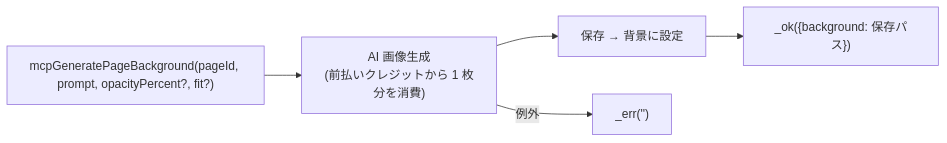
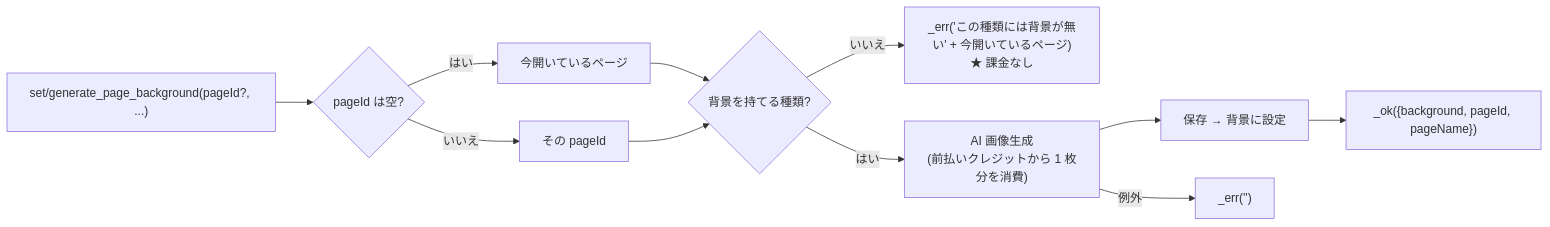
Before and after one commit to PG-Darksan/Kamispec: the sixth of 9 diagrams in assets/ai/docs/mcp.md, drawn with Mermaid. The commit also changed other lines of this file and 7 other files, not shown here.

````diff
--- a/assets/ai/docs/mcp.md
+++ b/assets/ai/docs/mcp.md
@@ -247,8 +270,14 @@
 ```mermaid
 flowchart LR
-    A["mcpGeneratePageBackground(pageId, prompt, opacityPercent?, fit?)"]
-    A --> B["AI 画像生成<br/>(前払いクレジットから 1 枚分を消費)"]
+    A["set/generate_page_background(pageId?, ...)"]
+    A --> Z{"pageId は空?"}
+    Z -->|はい| Y["今開いているページ"]
+    Z -->|いいえ| Y2["その pageId"]
+    Y --> X{"背景を持てる種類?"}
+    Y2 --> X
+    X -->|いいえ| W["_err('この種類には背景が無い' + 今開いているページ)<br/>★ 課金なし"]
+    X -->|はい| B["AI 画像生成<br/>(前払いクレジットから 1 枚分を消費)"]
     B --> C["保存 → 背景に設定"]
-    C --> D["_ok({background: 保存パス})"]
+    C --> D["_ok({background, pageId, pageName})"]
     B -->|例外| E["_err('<e>')"]
 ```
````
